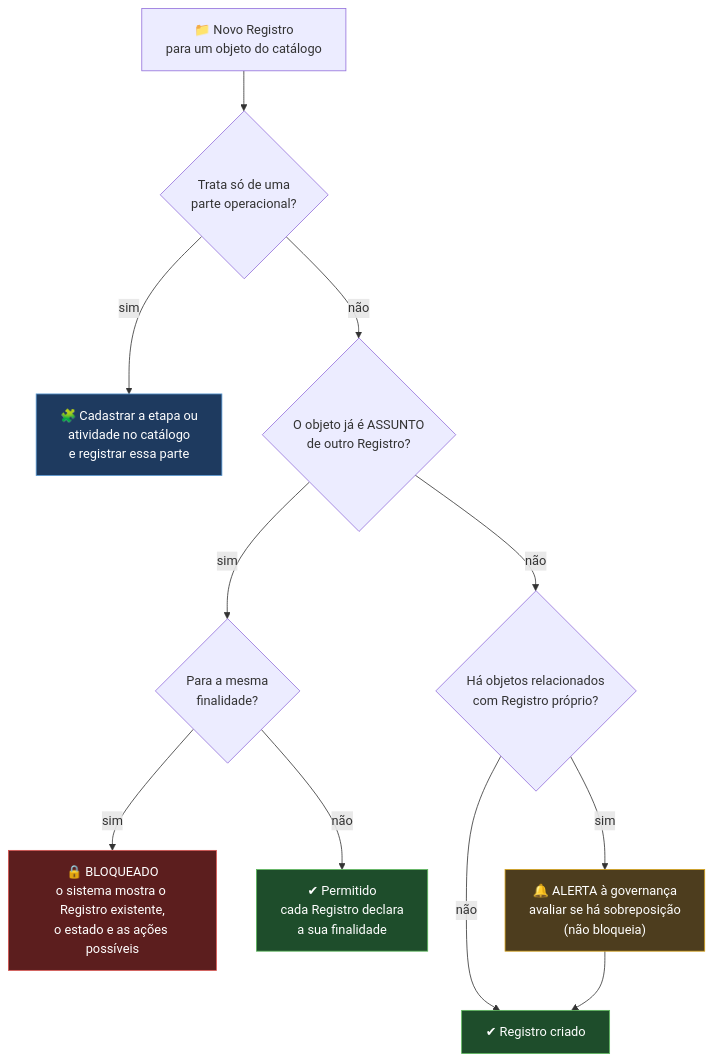
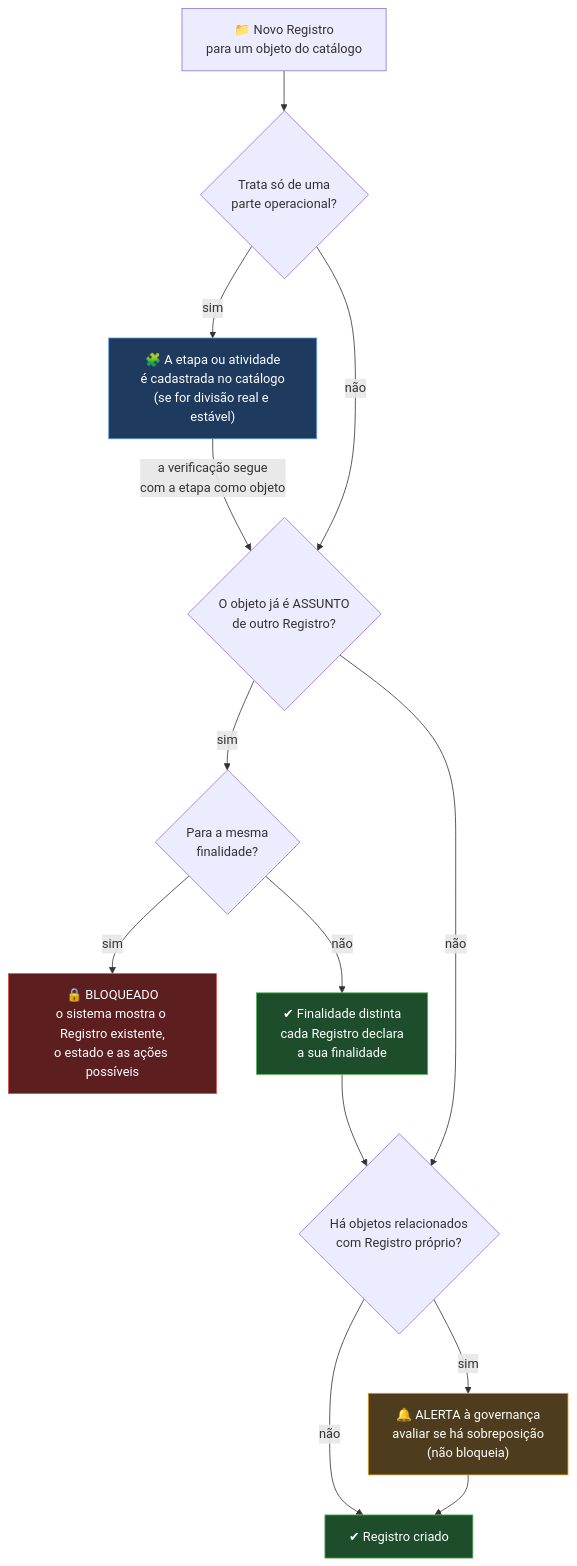
Before and after one commit to ailtonfv/governanca-lgpd-hortolandia: the sixth of 6 diagrams in README.md, drawn with Mermaid. The commit also changed other lines of this file and 2 other files, not shown here.

Commit message:
README: revisao do Encarregado (regra por finalidade, situacao bloqueadora, G1, canal)

````diff
--- a/README.md
+++ b/README.md
@@ -158,18 +172,20 @@
 ```mermaid
 flowchart TD
     N["📁 Novo Registro<br/>para um objeto do catálogo"] --> P{"Trata só de uma<br/>parte operacional?"}
-    P -- "sim" --> ET["🧩 Cadastrar a etapa ou<br/>atividade no catálogo<br/>e registrar essa parte"]
+    P -- "sim" --> ET["🧩 A etapa ou atividade<br/>é cadastrada no catálogo<br/>(se for divisão real e estável)"]
+    ET -- "a verificação segue<br/>com a etapa como objeto" --> Q1
     P -- "não" --> Q1{"O objeto já é ASSUNTO<br/>de outro Registro?"}
     Q1 -- "sim" --> Q2{"Para a mesma<br/>finalidade?"}
     Q2 -- "sim" --> BL["🔒 BLOQUEADO<br/>o sistema mostra o Registro existente,<br/>o estado e as ações possíveis"]
-    Q2 -- "não" --> OK2["✔ Permitido<br/>cada Registro declara<br/>a sua finalidade"]
+    Q2 -- "não" --> OK2["✔ Finalidade distinta<br/>cada Registro declara<br/>a sua finalidade"]
+    OK2 --> Q3
     Q1 -- "não" --> Q3{"Há objetos relacionados<br/>com Registro próprio?"}
     Q3 -- "sim" --> AL["🔔 ALERTA à governança<br/>avaliar se há sobreposição<br/>(não bloqueia)"]
     Q3 -- "não" --> OK["✔ Registro criado"]
     AL --> OK
     style BL fill:#5c1e1e,stroke:#d9534f,color:#fff
     style OK fill:#1e4d2b,stroke:#5cb85c,color:#fff
     style OK2 fill:#1e4d2b,stroke:#5cb85c,color:#fff
     style AL fill:#4d3d1e,stroke:#d4a017,color:#fff
     style ET fill:#1e3a5f,stroke:#5b9bd5,color:#fff
 ```
````
